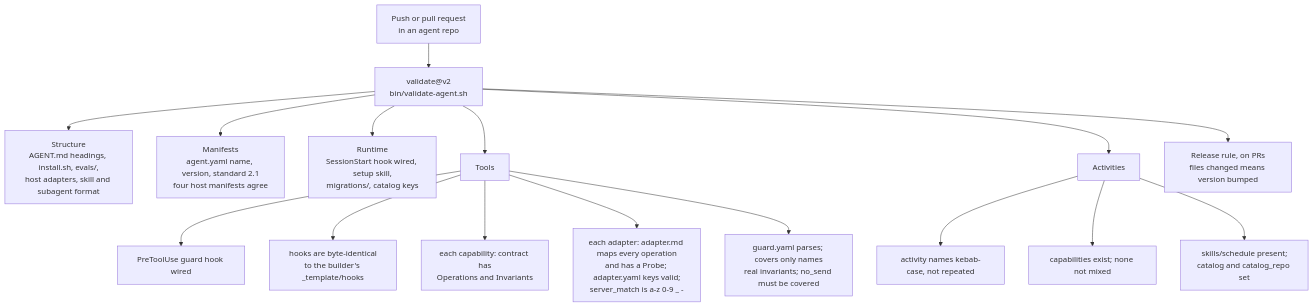
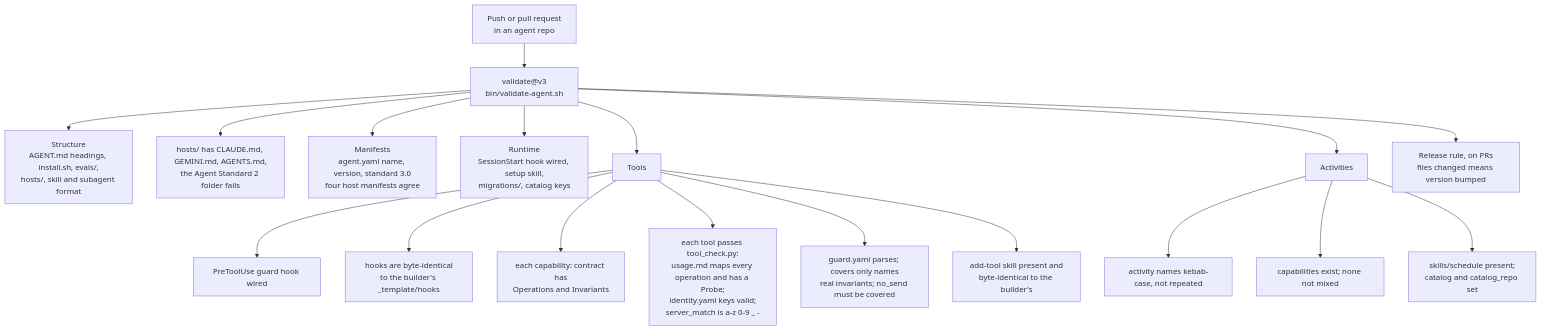
Before and after one commit to webspenser/agent-builder: the second of 6 diagrams in docs/how-it-works.md, drawn with Mermaid. The commit also changed other lines of this file and 10 other files, not shown here.

Commit message:
feat: add-tool skill; Agent Standard 3.0 docs; builder 3.0.0

````diff
--- a/docs/how-it-works.md
+++ b/docs/how-it-works.md
@@ -127,18 +124,20 @@
 ```mermaid
 flowchart TD
-  S["Push or pull request<br/>in an agent repo"] --> V["validate@v2<br/>bin/validate-agent.sh"]
-  V --> ST["Structure<br/>AGENT.md headings, install.sh, evals/,<br/>host adapters, skill and subagent format"]
-  V --> MF["Manifests<br/>agent.yaml name, version, standard 2.1<br/>four host manifests agree"]
+  S["Push or pull request<br/>in an agent repo"] --> V["validate@v3<br/>bin/validate-agent.sh"]
+  V --> ST["Structure<br/>AGENT.md headings, install.sh, evals/,<br/>hosts/, skill and subagent format"]
+  V --> HO["hosts/ has CLAUDE.md, GEMINI.md, AGENTS.md,<br/>the Agent Standard 2 folder fails"]
+  V --> MF["Manifests<br/>agent.yaml name, version, standard 3.0<br/>four host manifests agree"]
   V --> RT["Runtime<br/>SessionStart hook wired, setup skill,<br/>migrations/, catalog keys"]
   V --> TL["Tools"]
   V --> AC["Activities"]
   V --> BU["Release rule, on PRs<br/>files changed means version bumped"]
   TL --> T1["PreToolUse guard hook wired"]
   TL --> T2["hooks are byte-identical<br/>to the builder's _template/hooks"]
   TL --> T3["each capability: contract has<br/>Operations and Invariants"]
-  TL --> T4["each adapter: adapter.md maps every operation<br/>and has a Probe; adapter.yaml keys valid;<br/>server_match is a-z 0-9 _ -"]
+  TL --> T4["each tool passes tool_check.py:<br/>usage.md maps every operation and has a Probe;<br/>identity.yaml keys valid;<br/>server_match is a-z 0-9 _ -"]
   TL --> T5["guard.yaml parses; covers only names<br/>real invariants; no_send must be covered"]
+  TL --> T6["add-tool skill present and<br/>byte-identical to the builder's"]
   AC --> A1["activity names kebab-case, not repeated"]
   AC --> A2["capabilities exist; none not mixed"]
   AC --> A3["skills/schedule present;<br/>catalog and catalog_repo set"]
 ```
````
